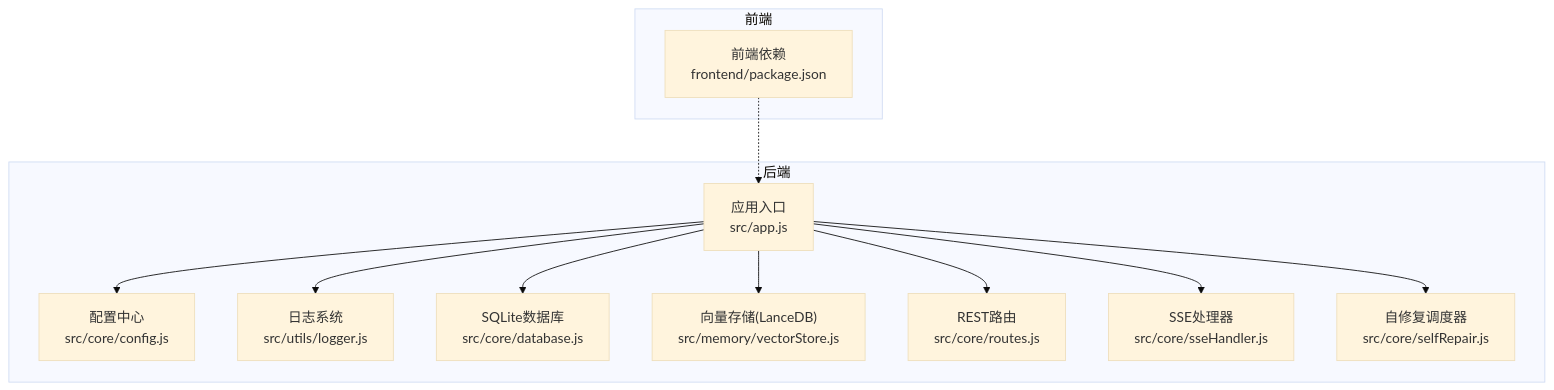
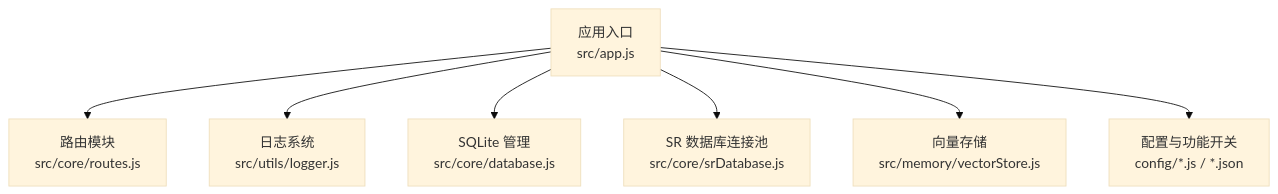
Before and after one commit to HanHuiOnLine/724-office: the first of 9 diagrams in NL2SQL/.qoder/repowiki/zh/content/部署与运维/部署与运维.md, drawn with Mermaid (base theme). The commit also changed other lines of this file and 203 other files, not shown here.

````diff
--- a/NL2SQL/.qoder/repowiki/zh/content/部署与运维/部署与运维.md
+++ b/NL2SQL/.qoder/repowiki/zh/content/部署与运维/部署与运维.md
@@ -41,24 +42,9 @@
 ```mermaid
 graph TB
-subgraph "后端"
-APP["应用入口<br/>src/app.js"]
-CFG["配置中心<br/>src/core/config.js"]
-LOG["日志系统<br/>src/utils/logger.js"]
-DB["SQLite数据库<br/>src/core/database.js"]
-VS["向量存储(LanceDB)<br/>src/memory/vectorStore.js"]
-ROUTES["REST路由<br/>src/core/routes.js"]
-SSE["SSE处理器<br/>src/core/sseHandler.js"]
-SELF["自修复调度器<br/>src/core/selfRepair.js"]
-end
-subgraph "前端"
-FE_PKG["前端依赖<br/>frontend/package.json"]
-end
-APP --> CFG
-APP --> LOG
-APP --> DB
-APP --> VS
-APP --> ROUTES
-APP --> SSE
-APP --> SELF
-FE_PKG -.-> APP
+A["应用入口<br/>src/app.js"] --> B["路由模块<br/>src/core/routes.js"]
+A --> C["日志系统<br/>src/utils/logger.js"]
+A --> D["SQLite 管理<br/>src/core/database.js"]
+A --> E["SR 数据库连接池<br/>src/core/srDatabase.js"]
+A --> F["向量存储<br/>src/memory/vectorStore.js"]
+A --> G["配置与功能开关<br/>config/*.js / *.json"]
 ```
````
